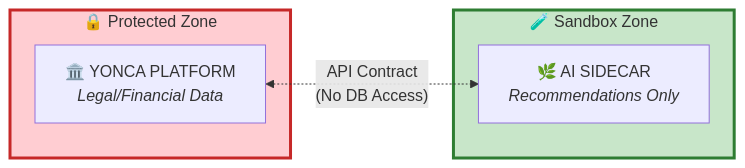
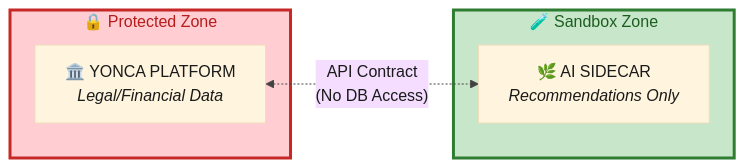
The second of 19 diagrams in docs/zekalab/03-ARCHITECTURE.md (Px8Studio/yonja), drawn with Mermaid before and after one commit. The commit also changed other lines of this file and 2 other files, not shown here.

Commit message:
Refine styling in architecture diagrams for improved clarity and consistency

````diff
--- a/docs/zekalab/03-ARCHITECTURE.md
+++ b/docs/zekalab/03-ARCHITECTURE.md
@@ -61,15 +62,16 @@
 ```mermaid
+%%{init: {'theme': 'base', 'themeVariables': { 'primaryTextColor': '#1a1a1a', 'lineColor': '#424242'}}}%%
 graph LR
     subgraph protected["🔒 Protected Zone"]
         yonca["🏛️ YONCA PLATFORM<br/><i>Legal/Financial Data</i>"]
     end
     
     subgraph sandbox["🧪 Sandbox Zone"]
         sidecar["🌿 AI SIDECAR<br/><i>Recommendations Only</i>"]
     end
     
     yonca <-.->|"API Contract<br/>(No DB Access)"| sidecar
     
-    style protected fill:#ffcdd2,stroke:#c62828,stroke-width:3px
-    style sandbox fill:#c8e6c9,stroke:#2e7d32,stroke-width:3px
+    style protected fill:#ffcdd2,stroke:#c62828,stroke-width:3px,color:#b71c1c
+    style sandbox fill:#c8e6c9,stroke:#2e7d32,stroke-width:3px,color:#1b5e20
 ```
````
